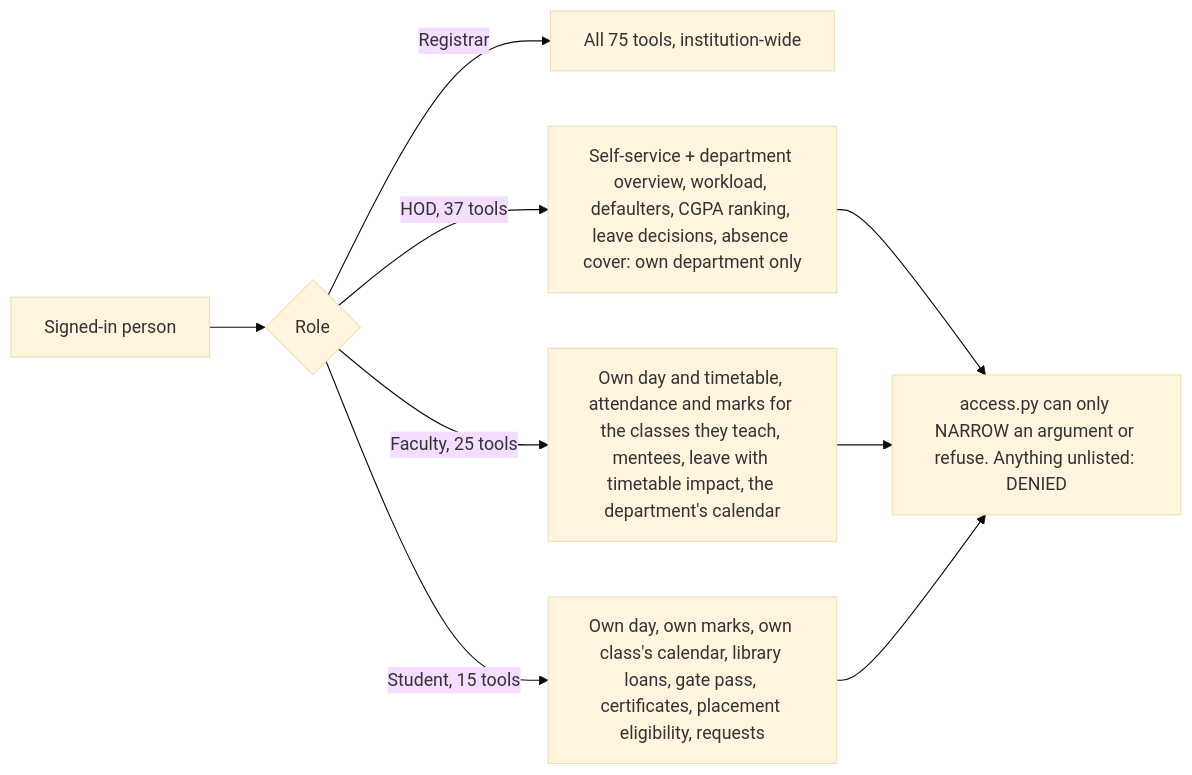
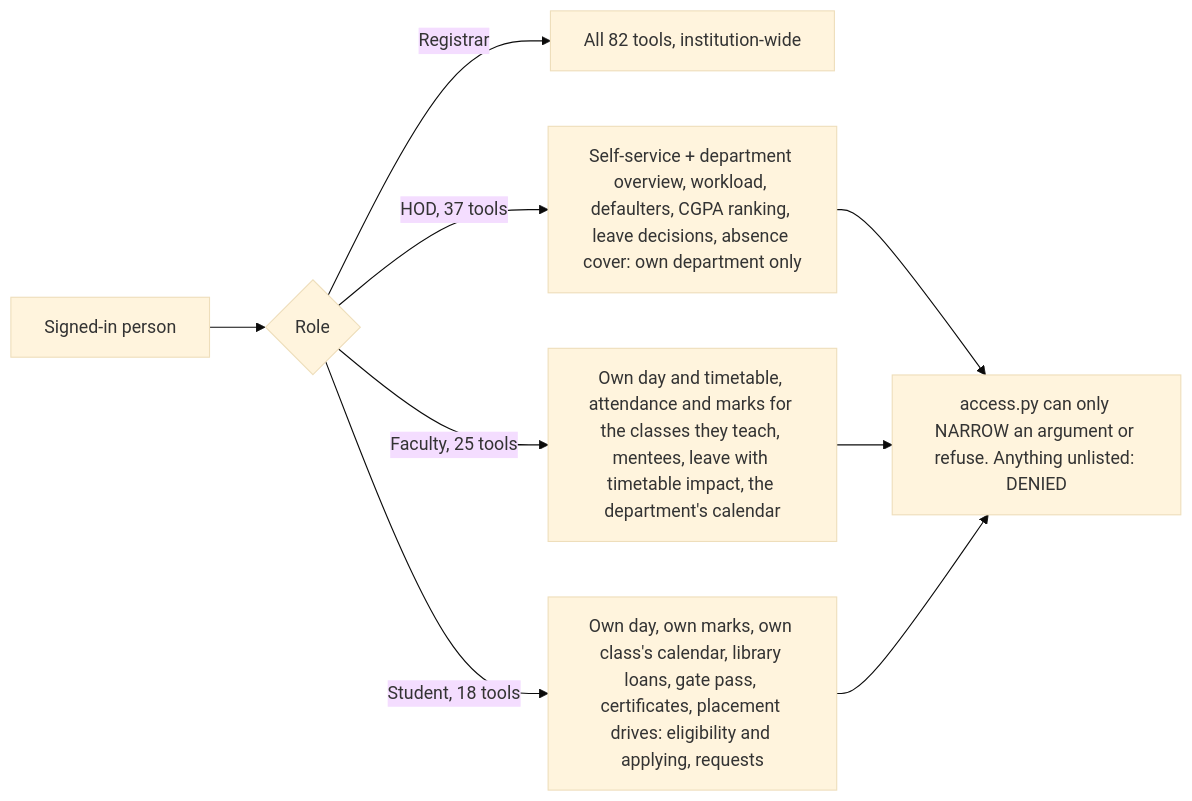
The fourth of 10 diagrams in README.md (samprith02/VidyaERP), drawn with Mermaid (base theme) before and after one commit. The commit also changed other lines of this file and 25 other files, not shown here.

````diff
--- a/README.md
+++ b/README.md
@@ -568,9 +572,9 @@
 ```mermaid
 flowchart LR
   U[Signed-in person] --> R{Role}
-  R -->|Registrar| ALL[All 75 tools, institution-wide]
+  R -->|Registrar| ALL[All 82 tools, institution-wide]
   R -->|HOD, 37 tools| H[Self-service + department overview, workload, defaulters, CGPA ranking, leave decisions, absence cover: own department only]
   R -->|Faculty, 25 tools| F[Own day and timetable, attendance and marks for the classes they teach, mentees, leave with timetable impact, the department's calendar]
-  R -->|Student, 15 tools| S[Own day, own marks, own class's calendar, library loans, gate pass, certificates, placement eligibility, requests]
+  R -->|Student, 18 tools| S[Own day, own marks, own class's calendar, library loans, gate pass, certificates, placement drives: eligibility and applying, requests]
   H & F & S --> N[access.py can only NARROW an argument or refuse. Anything unlisted: DENIED]
 ```
````
